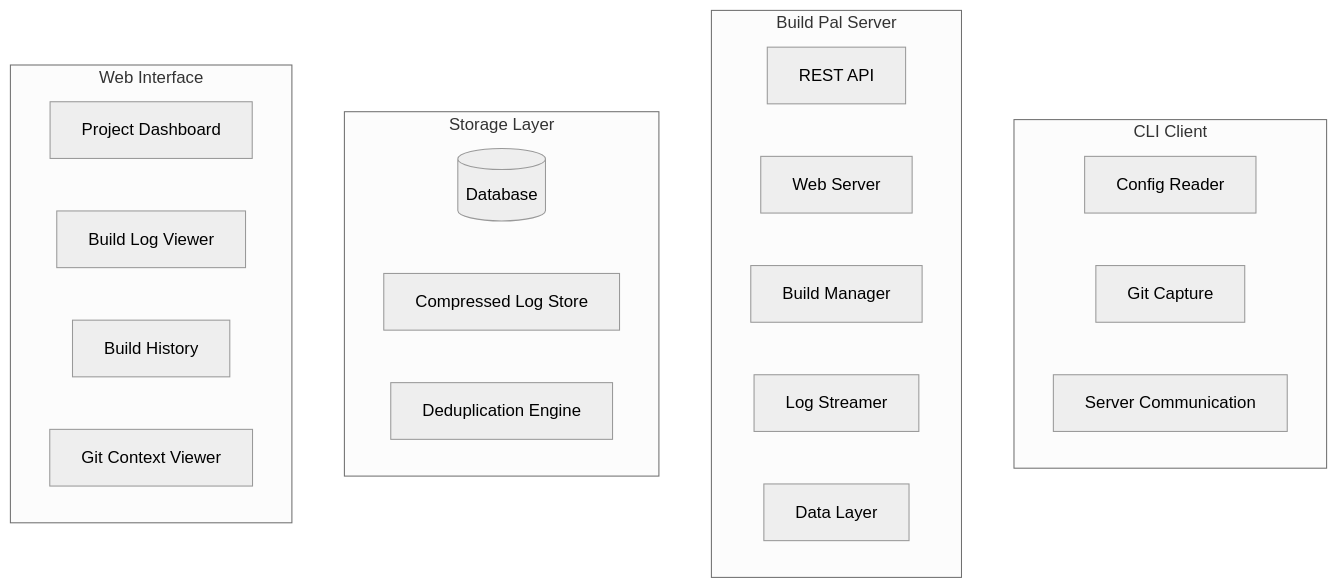
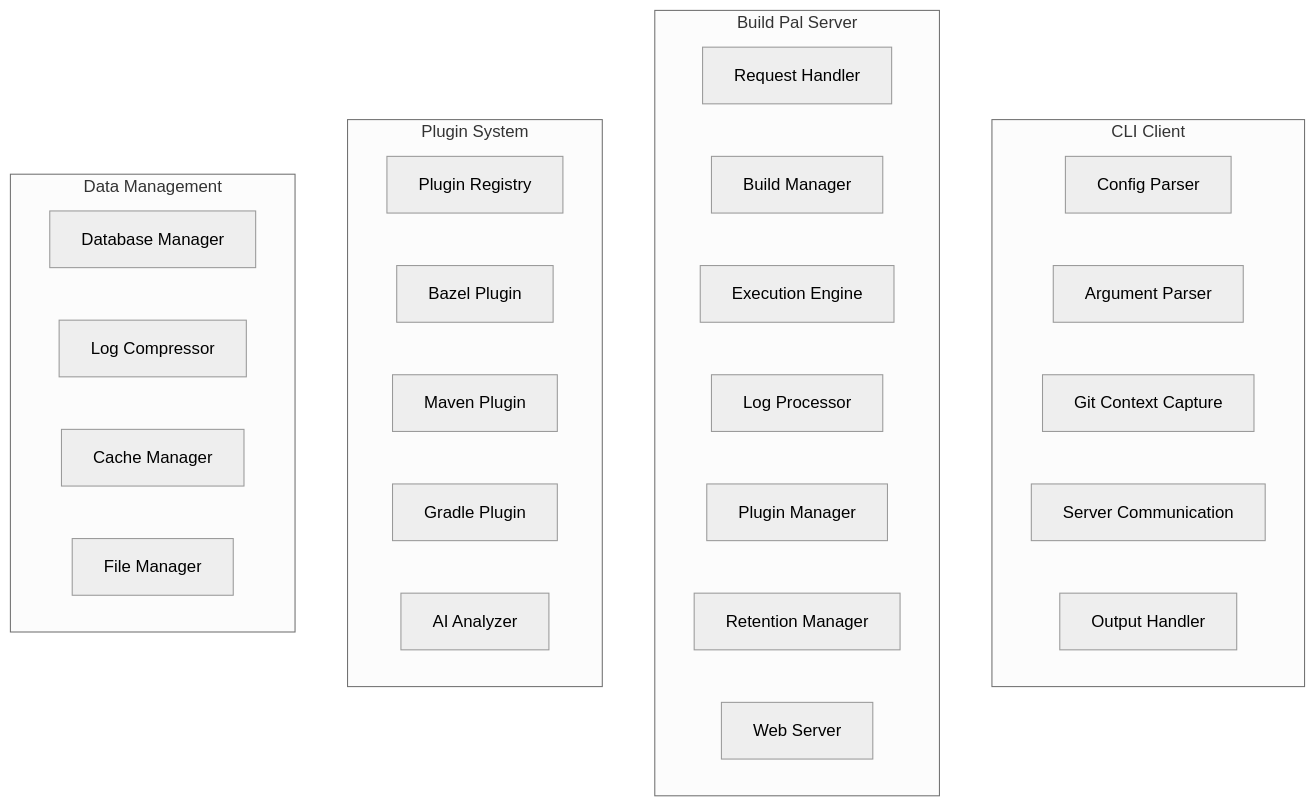
Before and after one commit to muchq/MoonBase: the second of 2 diagrams in .kiro/specs/build-pal/design.md, drawn with Mermaid (neutral theme). The commit also changed other lines of this file and 2 other files, not shown here.

Commit message:
[build_pal] update requirements + spill to design + tasks

````diff
--- a/.kiro/specs/build-pal/design.md
+++ b/.kiro/specs/build-pal/design.md
@@ -37,29 +67,35 @@
 ```mermaid
 graph TB
     subgraph "CLI Client"
-        ConfigReader[Config Reader]
-        GitCapture[Git Capture]
+        ConfigParser[Config Parser]
+        ArgParser[Argument Parser]
+        GitCapture[Git Context Capture]
         ServerComm[Server Communication]
+        OutputHandler[Output Handler]
     end
     
     subgraph "Build Pal Server"
-        API[REST API]
+        RequestHandler[Request Handler]
+        BuildManager[Build Manager]
+        ExecutionEngine[Execution Engine]
+        LogProcessor[Log Processor]
+        PluginManager[Plugin Manager]
+        RetentionManager[Retention Manager]
         WebServer[Web Server]
-        BuildManager[Build Manager]
-        LogStreamer[Log Streamer]
-        DataLayer[Data Layer]
     end
     
-    subgraph "Storage Layer"
-        DB[(Database)]
-        LogStore[Compressed Log Store]
-        DedupeEngine[Deduplication Engine]
+    subgraph "Plugin System"
+        PluginRegistry[Plugin Registry]
+        BazelPlugin[Bazel Plugin]
+        MavenPlugin[Maven Plugin]
+        GradlePlugin[Gradle Plugin]
+        AIAnalyzer[AI Analyzer]
     end
     
-    subgraph "Web Interface"
-        Dashboard[Project Dashboard]
-        BuildView[Build Log Viewer]
-        HistoryView[Build History]
-        GitView[Git Context Viewer]
+    subgraph "Data Management"
+        DatabaseManager[Database Manager]
+        LogCompressor[Log Compressor]
+        CacheManager[Cache Manager]
+        FileManager[File Manager]
     end
 ```
````
